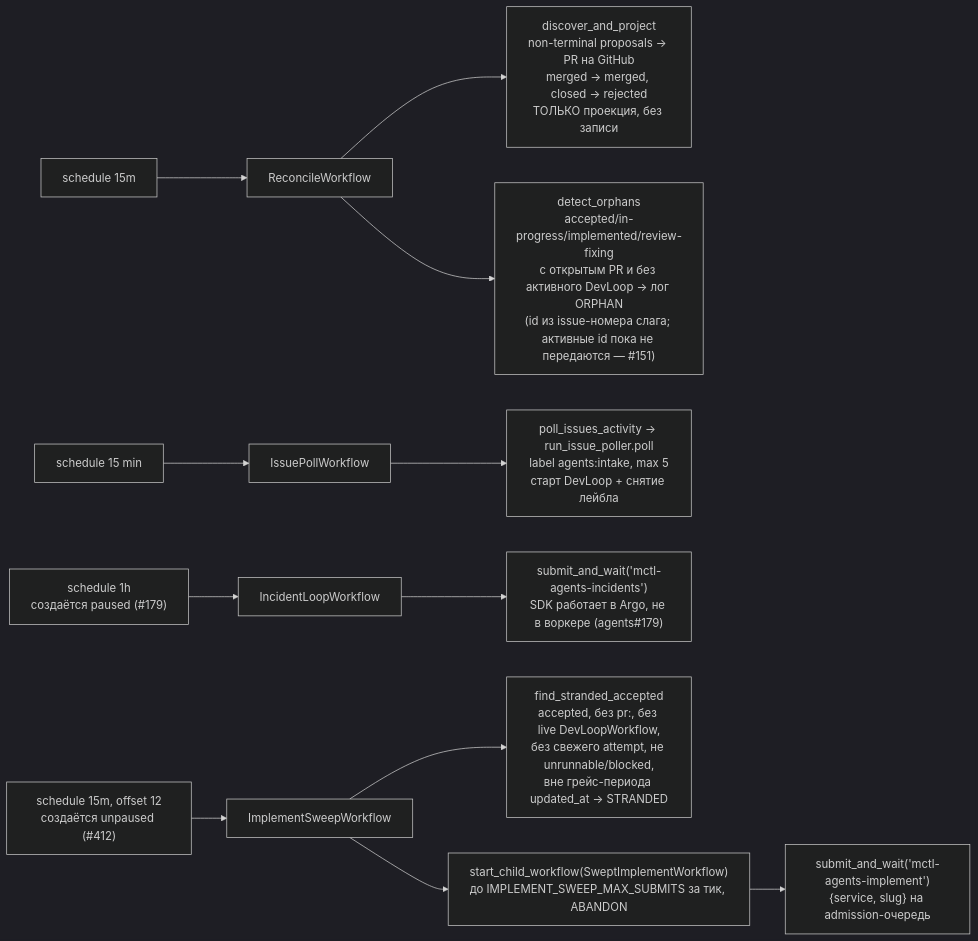
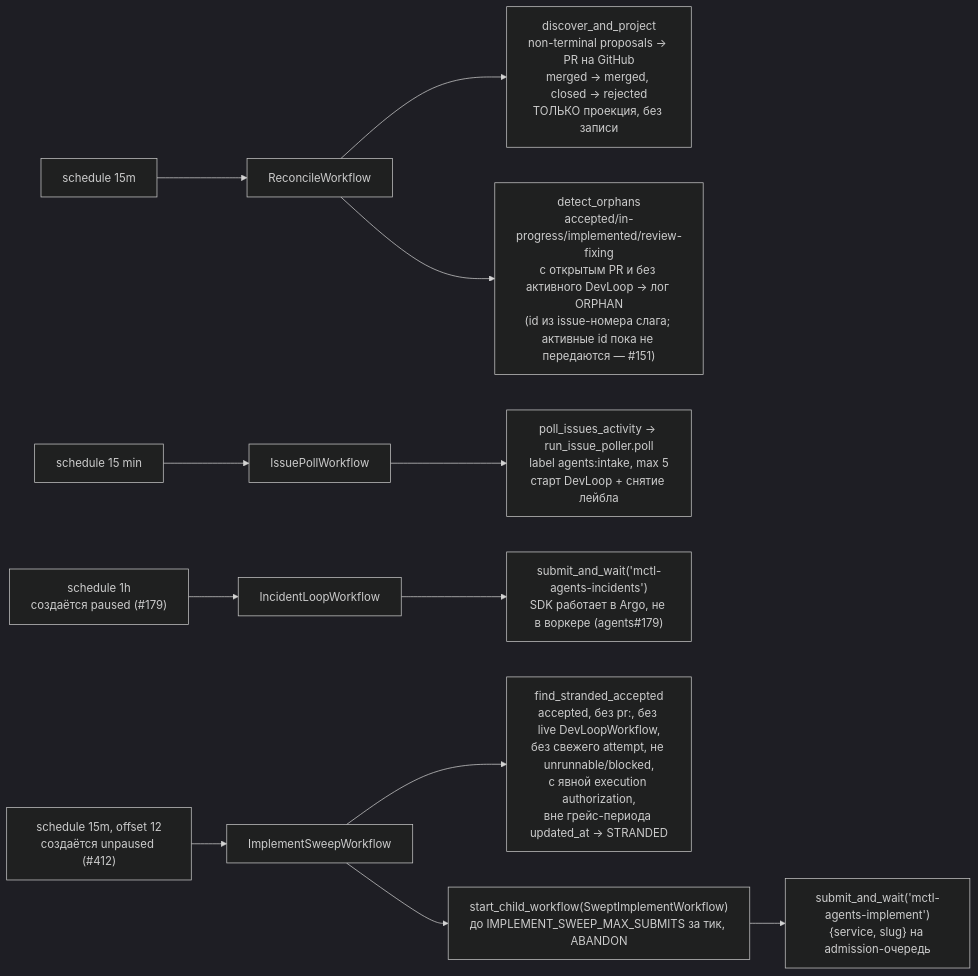
Before and after one commit to mctlhq/mctl-agents: the fourth of 4 diagrams in docs/temporal-flow.md, drawn with Mermaid (dark theme). The commit also changed other lines of this file and 11 other files, not shown here.

First line of the commit message:
fix(sweep): fail closed on execution authorization, per the product decision

````diff
--- a/docs/temporal-flow.md
+++ b/docs/temporal-flow.md
@@ -153,17 +153,17 @@
 ```mermaid
 flowchart LR
     S1["schedule 15m"] --> REC["ReconcileWorkflow"]
     REC --> D["discover_and_project<br/>non-terminal proposals → PR на GitHub<br/>merged → merged, closed → rejected<br/>ТОЛЬКО проекция, без записи"]
     REC --> O["detect_orphans<br/>accepted/in-progress/implemented/review-fixing<br/>с открытым PR и без активного DevLoop → лог ORPHAN<br/>(id из issue-номера слага; активные id пока не передаются — #151)"]
 
     S2["schedule 15 min"] --> ISS["IssuePollWorkflow"]
     ISS --> P["poll_issues_activity → run_issue_poller.poll<br/>label agents:intake, max 5<br/>старт DevLoop + снятие лейбла"]
 
     S3["schedule 1h<br/>создаётся paused (#179)"] --> INC["IncidentLoopWorkflow"]
     INC --> I["submit_and_wait('mctl-agents-incidents')<br/>SDK работает в Argo, не в воркере (agents#179)"]
 
     S4["schedule 15m, offset 12<br/>создаётся unpaused (#412)"] --> SWEEP["ImplementSweepWorkflow"]
-    SWEEP --> ST["find_stranded_accepted<br/>accepted, без pr:, без live DevLoopWorkflow,<br/>без свежего attempt, не unrunnable/blocked,<br/>вне грейс-периода updated_at → STRANDED"]
+    SWEEP --> ST["find_stranded_accepted<br/>accepted, без pr:, без live DevLoopWorkflow,<br/>без свежего attempt, не unrunnable/blocked,<br/>с явной execution authorization,<br/>вне грейс-периода updated_at → STRANDED"]
     SWEEP --> CH["start_child_workflow(SweptImplementWorkflow)<br/>до IMPLEMENT_SWEEP_MAX_SUBMITS за тик, ABANDON"]
     CH --> SUB2["submit_and_wait('mctl-agents-implement')<br/>{service, slug} на admission-очередь"]
 ```
````
